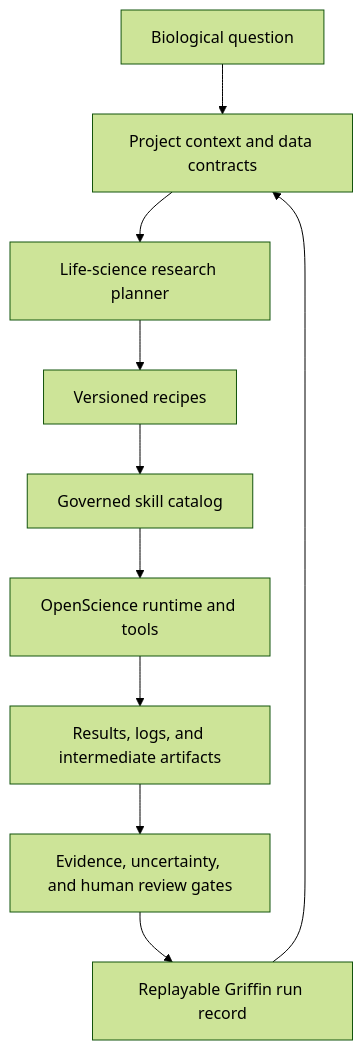
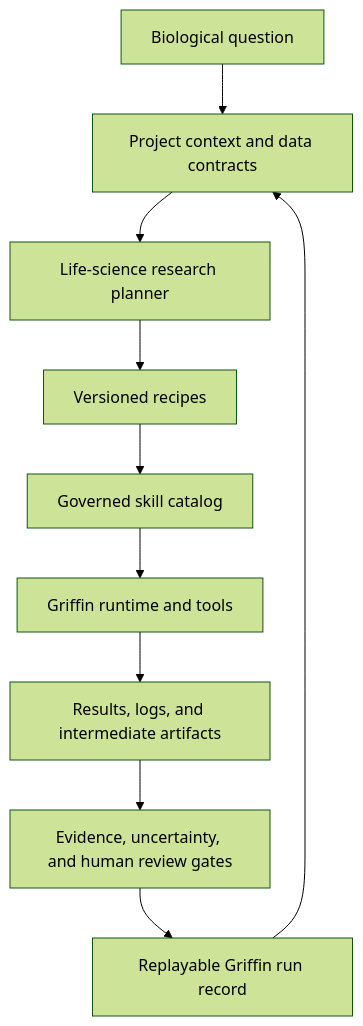
Before and after one commit to Diva143V/SyGriffin: the diagram in griffin-next/docs/griffin-foundation.md, drawn with Mermaid (forest theme). The commit also changed other lines of this file and 755 other files, not shown here.

````diff
--- a/griffin-next/docs/griffin-foundation.md
+++ b/griffin-next/docs/griffin-foundation.md
@@ -13,12 +13,12 @@
 ```mermaid
 flowchart TB
     Question["Biological question"] --> Context["Project context and data contracts"]
     Context --> Planner["Life-science research planner"]
     Planner --> Recipes["Versioned recipes"]
     Recipes --> Skills["Governed skill catalog"]
-    Skills --> Runtime["OpenScience runtime and tools"]
+    Skills --> Runtime["Griffin runtime and tools"]
     Runtime --> Artifacts["Results, logs, and intermediate artifacts"]
     Artifacts --> Review["Evidence, uncertainty, and human review gates"]
     Review --> Record["Replayable Griffin run record"]
     Record --> Context
 ```
````
